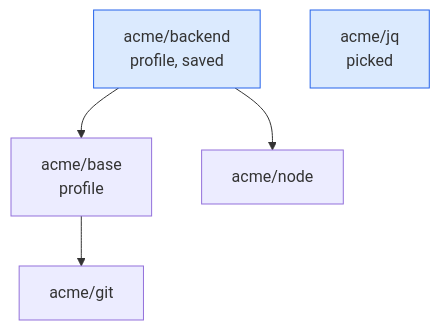
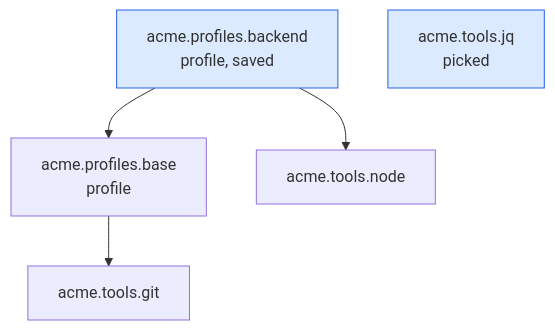
Before and after one commit to cgaube/local-env: the second of 4 diagrams in docs/features/tools-and-profiles.md, drawn with Mermaid. The commit also changed other lines of this file and 54 other files, not shown here.

````diff
--- a/docs/features/tools-and-profiles.md
+++ b/docs/features/tools-and-profiles.md
@@ -96,15 +124,15 @@
 ```mermaid
 flowchart TD
-  backend["acme/backend<br/>profile, saved"]
-  base["acme/base<br/>profile"]
-  git["acme/git"]
-  node["acme/node"]
-  jq["acme/jq<br/>picked"]
+  backend["acme.profiles.backend<br/>profile, saved"]
+  base["acme.profiles.base<br/>profile"]
+  git["acme.tools.git"]
+  node["acme.tools.node"]
+  jq["acme.tools.jq<br/>picked"]
 
   backend --> base
   backend --> node
   base --> git
 
   classDef root fill:#dbeafe,stroke:#2563eb
   class backend,jq root
 ```
````
